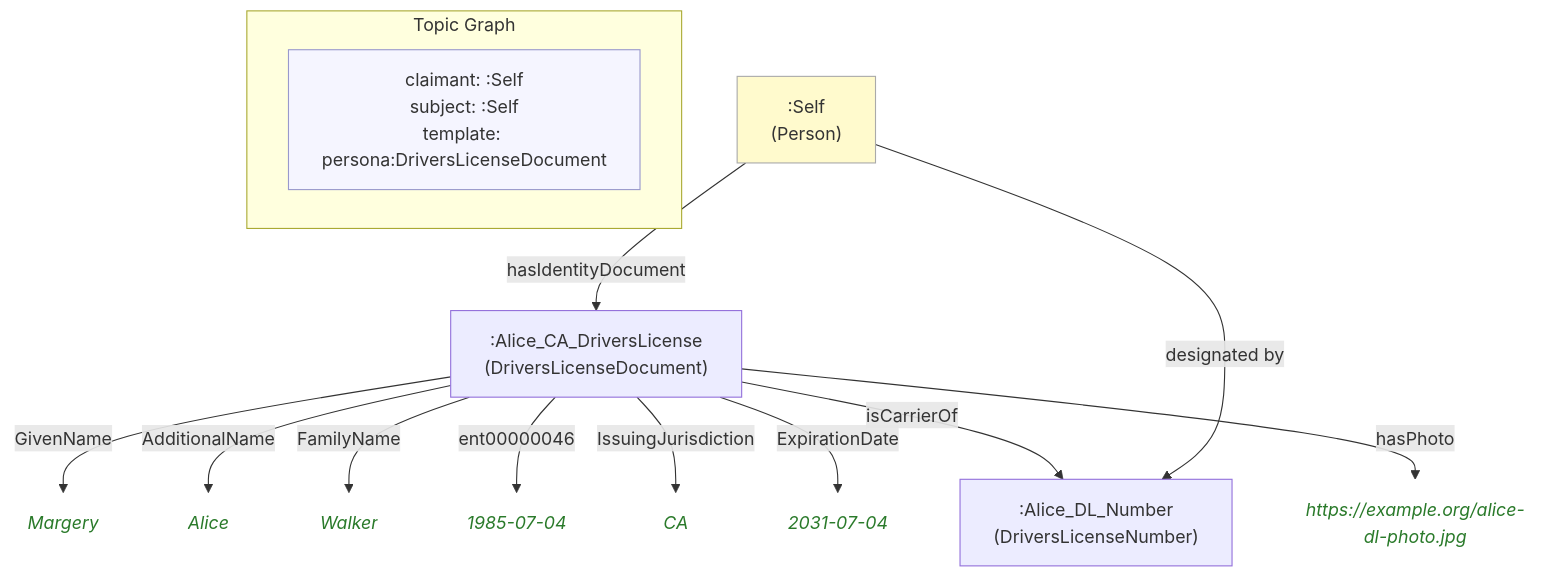
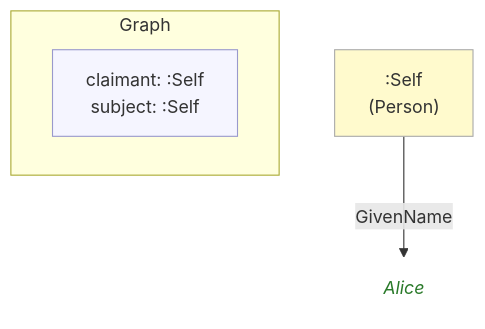
Before and after one commit to MeeFoundation/mia-ontologies: the diagram in example/graphs/images/graph-15.mmd, drawn with Mermaid. The commit also changed 101 other files, not shown here.

```diff
--- a/example/graphs/images/graph-15.mmd
+++ b/example/graphs/images/graph-15.mmd
@@ -1,33 +1,15 @@
 flowchart TD
     classDef person fill:#fffacd,stroke:#aaa,color:#333
-    classDef grp    fill:#d4edda,stroke:#aaa,color:#333
     classDef org    fill:#cce5ff,stroke:#aaa,color:#333
     classDef lit    fill:none,stroke:none,font-style:italic,color:#2a7a2a
     classDef meta   fill:#f5f5ff,stroke:#9999cc,color:#333
 
-    subgraph ctx["Topic Graph"]
+    subgraph ctx["Graph"]
         direction LR
-        ctx_meta["claimant: :Self\nsubject: :Self\ntemplate: persona:DriversLicenseDocument"]:::meta
+        ctx_meta["claimant: :Self\nsubject: :Self"]:::meta
     end
 
-    naafab809f865[":Alice_CA_DriversLicense\n(DriversLicenseDocument)"]
-    n182039e7c15e("Margery"):::lit
-    n9440d9bea9e5("Alice"):::lit
-    n5bee2a76f2f4("Walker"):::lit
-    n050c6737d61f("1985-07-04"):::lit
-    na9b324a3e11a("CA"):::lit
-    n6e6db089ffb1("2031-07-04"):::lit
-    nf5e99e32e234[":Alice_DL_Number\n(DriversLicenseNumber)"]
-    n2d7288ec7ae7("https://example.org/alice-dl-photo.jpg"):::lit
     ne0c3ba92f1db[":Self\n(Person)"]:::person
+    ned8bd49e8599("Alice"):::lit
 
-    naafab809f865 -->|"GivenName"| n182039e7c15e
-    naafab809f865 -->|"AdditionalName"| n9440d9bea9e5
-    naafab809f865 -->|"FamilyName"| n5bee2a76f2f4
-    naafab809f865 -->|"ent00000046"| n050c6737d61f
-    naafab809f865 -->|"IssuingJurisdiction"| na9b324a3e11a
-    naafab809f865 -->|"ExpirationDate"| n6e6db089ffb1
-    naafab809f865 -->|"isCarrierOf"| nf5e99e32e234
-    naafab809f865 -->|"hasPhoto"| n2d7288ec7ae7
-    ne0c3ba92f1db -->|"hasIdentityDocument"| naafab809f865
-    ne0c3ba92f1db -->|"designated by"| nf5e99e32e234
+    ne0c3ba92f1db -->|"GivenName"| ned8bd49e8599
```
